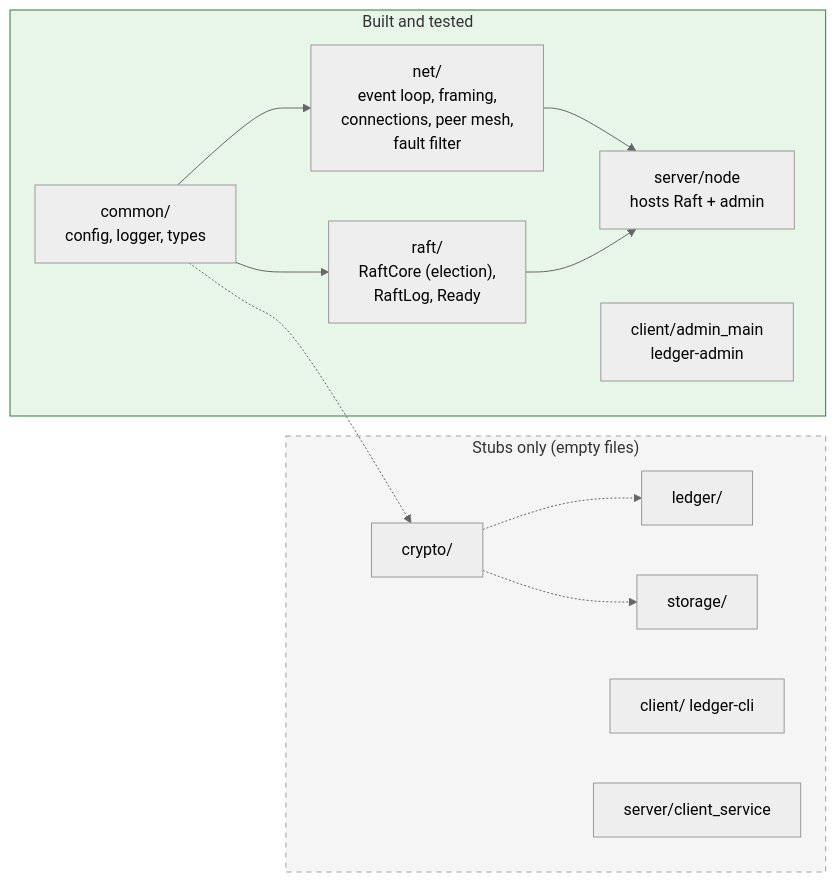
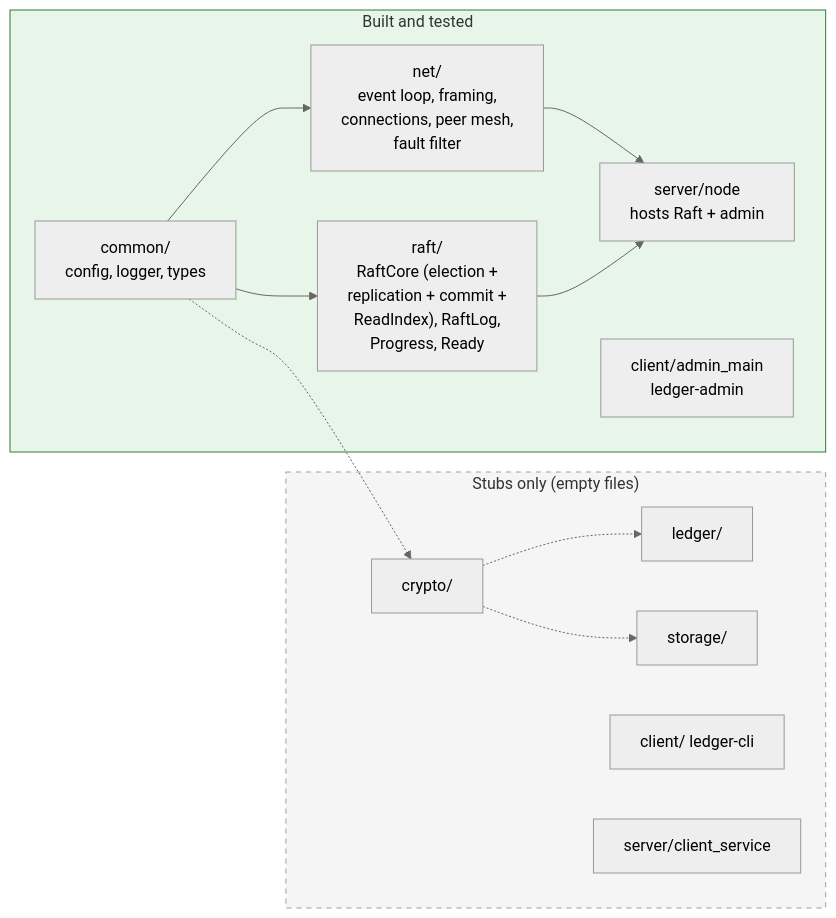
Before and after one commit to D1vyanshu1/QuorumPay: the third of 11 diagrams in progress.md, drawn with Mermaid (neutral theme). The commit also changed other lines of this file and 21 other files, not shown here.

Commit message:
log replication , commite , readline index

````diff
--- a/progress.md
+++ b/progress.md
@@ -79,24 +79,24 @@
 ```mermaid
 flowchart LR
     subgraph built["Built and tested"]
         common["common/<br/>config, logger, types"]
         net["net/<br/>event loop, framing,<br/>connections, peer mesh,<br/>fault filter"]
-        raft["raft/<br/>RaftCore (election),<br/>RaftLog, Ready"]
+        raft["raft/<br/>RaftCore (election +<br/>replication + commit +<br/>ReadIndex), RaftLog,<br/>Progress, Ready"]
         server["server/node<br/>hosts Raft + admin"]
         admin["client/admin_main<br/>ledger-admin"]
     end
     subgraph stubs["Stubs only (empty files)"]
         crypto["crypto/"]
         ledger["ledger/"]
         storage["storage/"]
         cli["client/ ledger-cli"]
         svc["server/client_service"]
     end
     common --> net --> server
     common --> raft --> server
     common -.-> crypto -.-> ledger
     crypto -.-> storage
 
     style built fill:#e8f5e9,stroke:#2e7d32
     style stubs fill:#f5f5f5,stroke:#9e9e9e,stroke-dasharray: 5 5
 ```
````
